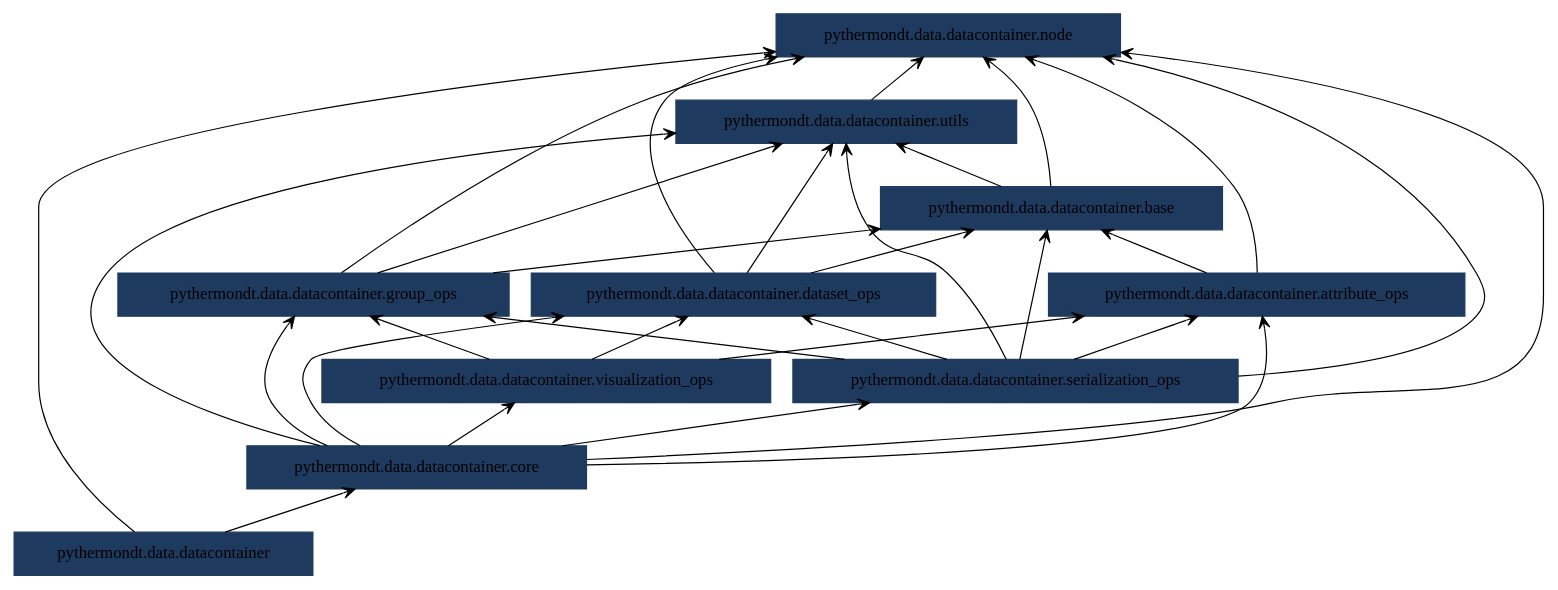
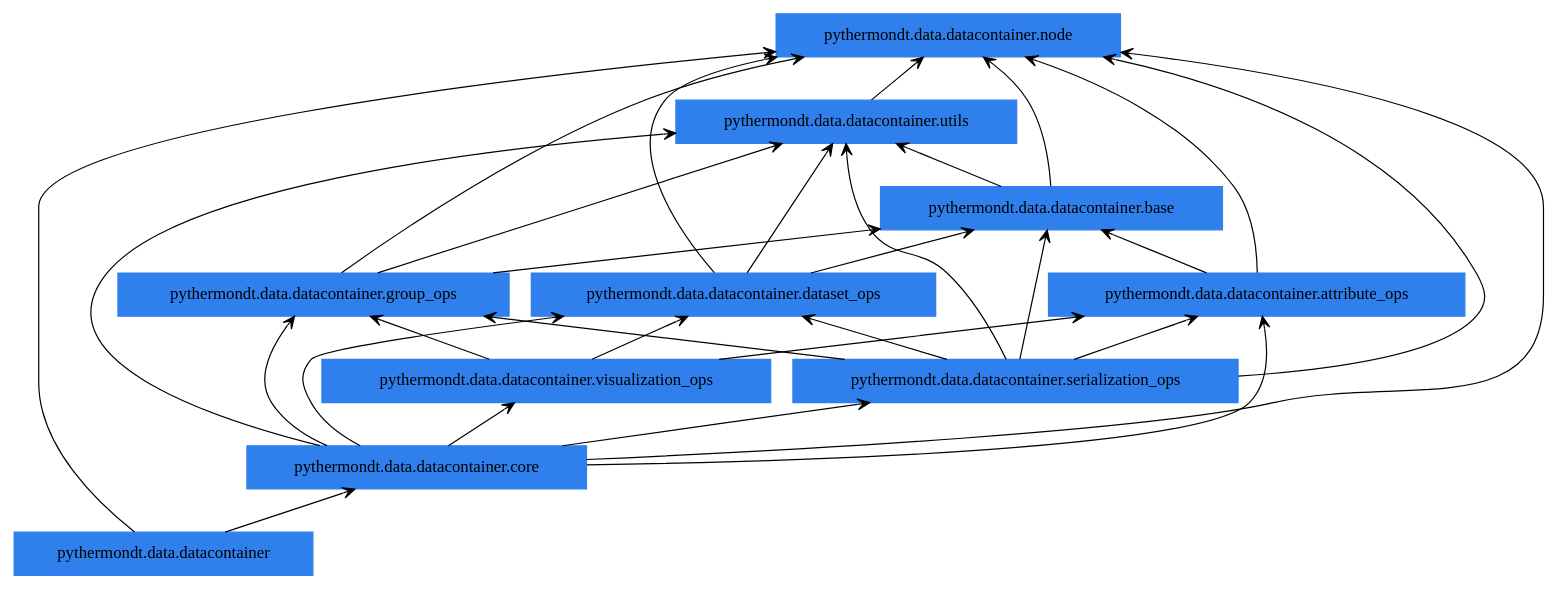
The diagram in docs/pyreverse/packages_pythermondt.data.datacontainer.gv (voidsy-gmbh/pyThermoNDT), drawn with Graphviz before and after one commit. The commit also changed 25 other files, not shown here.

Commit message:
Update pyreverse diagrams

```diff
--- a/docs/pyreverse/packages_pythermondt.data.datacontainer.gv
+++ b/docs/pyreverse/packages_pythermondt.data.datacontainer.gv
@@ -1,43 +1,43 @@
 digraph "packages_pythermondt.data.datacontainer" {
 rankdir=BT
 charset="utf-8"
-"pythermondt.data.datacontainer" [color="#1E3A5F", label=<pythermondt.data.datacontainer>, shape="box", style="filled"];
-"pythermondt.data.datacontainer.attribute_ops" [color="#1E3A5F", label=<pythermondt.data.datacontainer.attribute_ops>, shape="box", style="filled"];
-"pythermondt.data.datacontainer.base" [color="#1E3A5F", label=<pythermondt.data.datacontainer.base>, shape="box", style="filled"];
-"pythermondt.data.datacontainer.core" [color="#1E3A5F", label=<pythermondt.data.datacontainer.core>, shape="box", style="filled"];
-"pythermondt.data.datacontainer.dataset_ops" [color="#1E3A5F", label=<pythermondt.data.datacontainer.dataset_ops>, shape="box", style="filled"];
-"pythermondt.data.datacontainer.group_ops" [color="#1E3A5F", label=<pythermondt.data.datacontainer.group_ops>, shape="box", style="filled"];
-"pythermondt.data.datacontainer.node" [color="#1E3A5F", label=<pythermondt.data.datacontainer.node>, shape="box", style="filled"];
-"pythermondt.data.datacontainer.serialization_ops" [color="#1E3A5F", label=<pythermondt.data.datacontainer.serialization_ops>, shape="box", style="filled"];
-"pythermondt.data.datacontainer.utils" [color="#1E3A5F", label=<pythermondt.data.datacontainer.utils>, shape="box", style="filled"];
-"pythermondt.data.datacontainer.visualization_ops" [color="#1E3A5F", label=<pythermondt.data.datacontainer.visualization_ops>, shape="box", style="filled"];
+"pythermondt.data.datacontainer" [color="#2F80ED", label=<pythermondt.data.datacontainer>, shape="box", style="filled"];
+"pythermondt.data.datacontainer.attribute_ops" [color="#2F80ED", label=<pythermondt.data.datacontainer.attribute_ops>, shape="box", style="filled"];
+"pythermondt.data.datacontainer.base" [color="#2F80ED", label=<pythermondt.data.datacontainer.base>, shape="box", style="filled"];
+"pythermondt.data.datacontainer.core" [color="#2F80ED", label=<pythermondt.data.datacontainer.core>, shape="box", style="filled"];
+"pythermondt.data.datacontainer.dataset_ops" [color="#2F80ED", label=<pythermondt.data.datacontainer.dataset_ops>, shape="box", style="filled"];
+"pythermondt.data.datacontainer.group_ops" [color="#2F80ED", label=<pythermondt.data.datacontainer.group_ops>, shape="box", style="filled"];
+"pythermondt.data.datacontainer.node" [color="#2F80ED", label=<pythermondt.data.datacontainer.node>, shape="box", style="filled"];
+"pythermondt.data.datacontainer.serialization_ops" [color="#2F80ED", label=<pythermondt.data.datacontainer.serialization_ops>, shape="box", style="filled"];
+"pythermondt.data.datacontainer.utils" [color="#2F80ED", label=<pythermondt.data.datacontainer.utils>, shape="box", style="filled"];
+"pythermondt.data.datacontainer.visualization_ops" [color="#2F80ED", label=<pythermondt.data.datacontainer.visualization_ops>, shape="box", style="filled"];
 "pythermondt.data.datacontainer" -> "pythermondt.data.datacontainer.core" [arrowhead="open", arrowtail="none"];
 "pythermondt.data.datacontainer" -> "pythermondt.data.datacontainer.node" [arrowhead="open", arrowtail="none"];
 "pythermondt.data.datacontainer.attribute_ops" -> "pythermondt.data.datacontainer.base" [arrowhead="open", arrowtail="none"];
 "pythermondt.data.datacontainer.attribute_ops" -> "pythermondt.data.datacontainer.node" [arrowhead="open", arrowtail="none"];
 "pythermondt.data.datacontainer.base" -> "pythermondt.data.datacontainer.node" [arrowhead="open", arrowtail="none"];
 "pythermondt.data.datacontainer.base" -> "pythermondt.data.datacontainer.utils" [arrowhead="open", arrowtail="none"];
 "pythermondt.data.datacontainer.core" -> "pythermondt.data.datacontainer.attribute_ops" [arrowhead="open", arrowtail="none"];
 "pythermondt.data.datacontainer.core" -> "pythermondt.data.datacontainer.dataset_ops" [arrowhead="open", arrowtail="none"];
 "pythermondt.data.datacontainer.core" -> "pythermondt.data.datacontainer.group_ops" [arrowhead="open", arrowtail="none"];
 "pythermondt.data.datacontainer.core" -> "pythermondt.data.datacontainer.node" [arrowhead="open", arrowtail="none"];
 "pythermondt.data.datacontainer.core" -> "pythermondt.data.datacontainer.serialization_ops" [arrowhead="open", arrowtail="none"];
 "pythermondt.data.datacontainer.core" -> "pythermondt.data.datacontainer.utils" [arrowhead="open", arrowtail="none"];
 "pythermondt.data.datacontainer.core" -> "pythermondt.data.datacontainer.visualization_ops" [arrowhead="open", arrowtail="none"];
 "pythermondt.data.datacontainer.dataset_ops" -> "pythermondt.data.datacontainer.base" [arrowhead="open", arrowtail="none"];
 "pythermondt.data.datacontainer.dataset_ops" -> "pythermondt.data.datacontainer.node" [arrowhead="open", arrowtail="none"];
 "pythermondt.data.datacontainer.dataset_ops" -> "pythermondt.data.datacontainer.utils" [arrowhead="open", arrowtail="none"];
 "pythermondt.data.datacontainer.group_ops" -> "pythermondt.data.datacontainer.base" [arrowhead="open", arrowtail="none"];
 "pythermondt.data.datacontainer.group_ops" -> "pythermondt.data.datacontainer.node" [arrowhead="open", arrowtail="none"];
 "pythermondt.data.datacontainer.group_ops" -> "pythermondt.data.datacontainer.utils" [arrowhead="open", arrowtail="none"];
 "pythermondt.data.datacontainer.serialization_ops" -> "pythermondt.data.datacontainer.attribute_ops" [arrowhead="open", arrowtail="none"];
 "pythermondt.data.datacontainer.serialization_ops" -> "pythermondt.data.datacontainer.base" [arrowhead="open", arrowtail="none"];
 "pythermondt.data.datacontainer.serialization_ops" -> "pythermondt.data.datacontainer.dataset_ops" [arrowhead="open", arrowtail="none"];
 "pythermondt.data.datacontainer.serialization_ops" -> "pythermondt.data.datacontainer.group_ops" [arrowhead="open", arrowtail="none"];
 "pythermondt.data.datacontainer.serialization_ops" -> "pythermondt.data.datacontainer.node" [arrowhead="open", arrowtail="none"];
 "pythermondt.data.datacontainer.serialization_ops" -> "pythermondt.data.datacontainer.utils" [arrowhead="open", arrowtail="none"];
 "pythermondt.data.datacontainer.utils" -> "pythermondt.data.datacontainer.node" [arrowhead="open", arrowtail="none"];
 "pythermondt.data.datacontainer.visualization_ops" -> "pythermondt.data.datacontainer.attribute_ops" [arrowhead="open", arrowtail="none"];
 "pythermondt.data.datacontainer.visualization_ops" -> "pythermondt.data.datacontainer.dataset_ops" [arrowhead="open", arrowtail="none"];
 "pythermondt.data.datacontainer.visualization_ops" -> "pythermondt.data.datacontainer.group_ops" [arrowhead="open", arrowtail="none"];
 }
```
